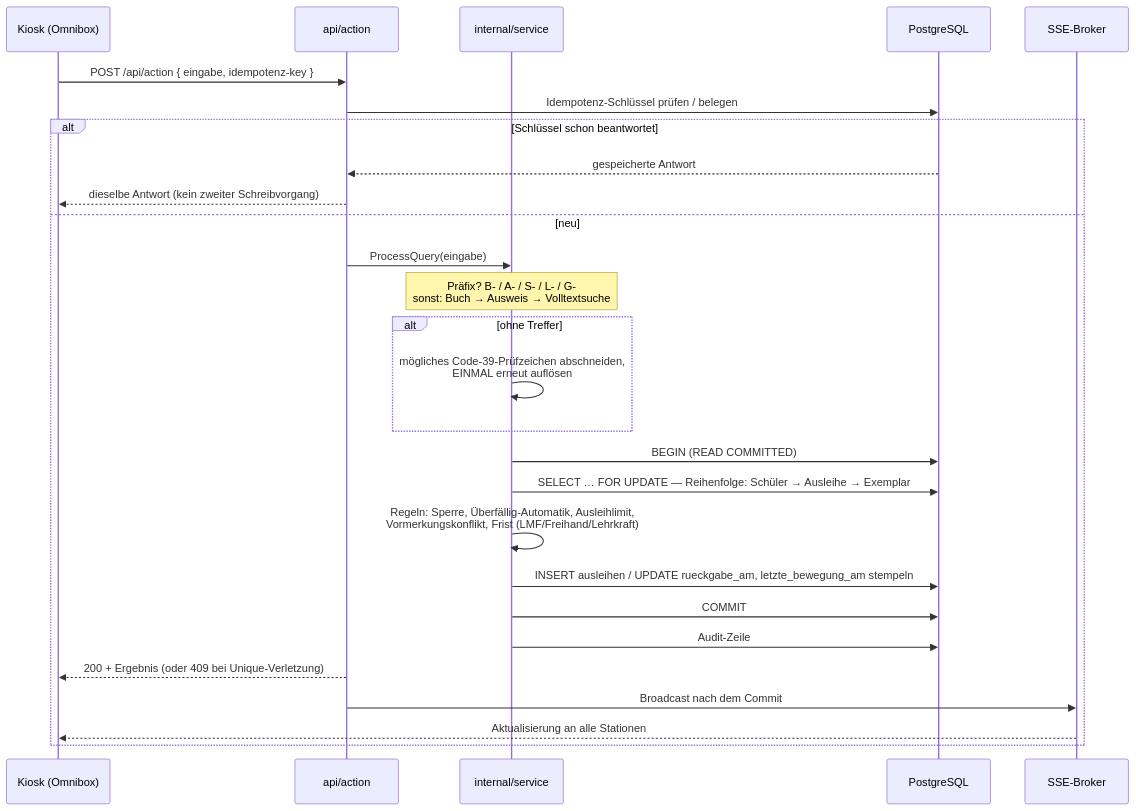
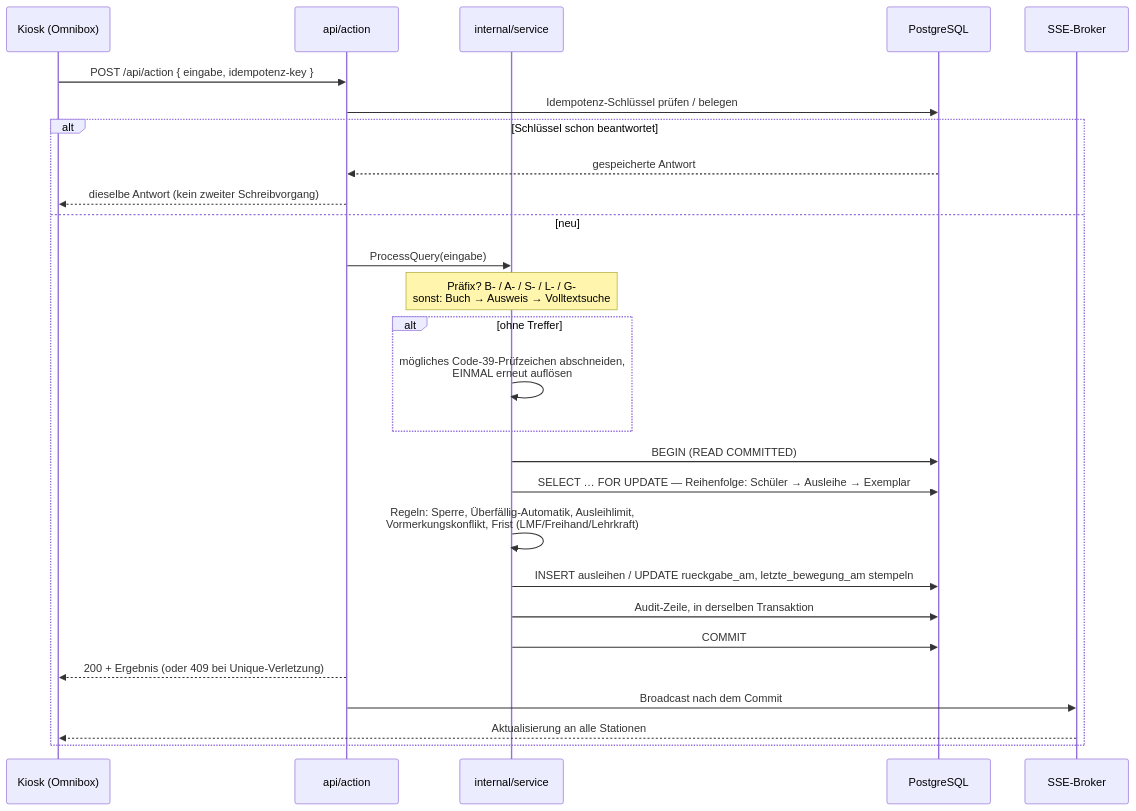
One commit to uuuxy/bibliothek changed the third of 5 diagrams in docs/ARCHITEKTUR.md. Above: the diagram before and after it, drawn with Mermaid. The commit also changed other lines of this file and 10 other files, not shown here.

````diff
--- a/docs/ARCHITEKTUR.md
+++ b/docs/ARCHITEKTUR.md
@@ -1015,30 +1019,30 @@
 ```mermaid
 sequenceDiagram
     participant K as Kiosk (Omnibox)
     participant H as api/action
     participant S as internal/service
     participant DB as PostgreSQL
     participant SSE as SSE-Broker
 
     K->>H: POST /api/action  { eingabe, idempotenz-key }
     H->>DB: Idempotenz-Schlüssel prüfen / belegen
     alt Schlüssel schon beantwortet
         DB-->>H: gespeicherte Antwort
         H-->>K: dieselbe Antwort (kein zweiter Schreibvorgang)
     else neu
         H->>S: ProcessQuery(eingabe)
         Note over S: Präfix? B- / A- / S- / L- / G-<br/>sonst: Buch → Ausweis → Volltextsuche
         alt ohne Treffer
             S->>S: mögliches Code-39-Prüfzeichen abschneiden,<br/>EINMAL erneut auflösen
         end
         S->>DB: BEGIN (READ COMMITTED)
         S->>DB: SELECT … FOR UPDATE — Reihenfolge: Schüler → Ausleihe → Exemplar
         S->>S: Regeln: Sperre, Überfällig-Automatik, Ausleihlimit,<br/>Vormerkungskonflikt, Frist (LMF/Freihand/Lehrkraft)
         S->>DB: INSERT ausleihen / UPDATE rueckgabe_am, letzte_bewegung_am stempeln
+        S->>DB: Audit-Zeile, in derselben Transaktion
         S->>DB: COMMIT
-        S->>DB: Audit-Zeile
         H-->>K: 200 + Ergebnis (oder 409 bei Unique-Verletzung)
         H->>SSE: Broadcast nach dem Commit
         SSE-->>K: Aktualisierung an alle Stationen
     end
 ```
````
